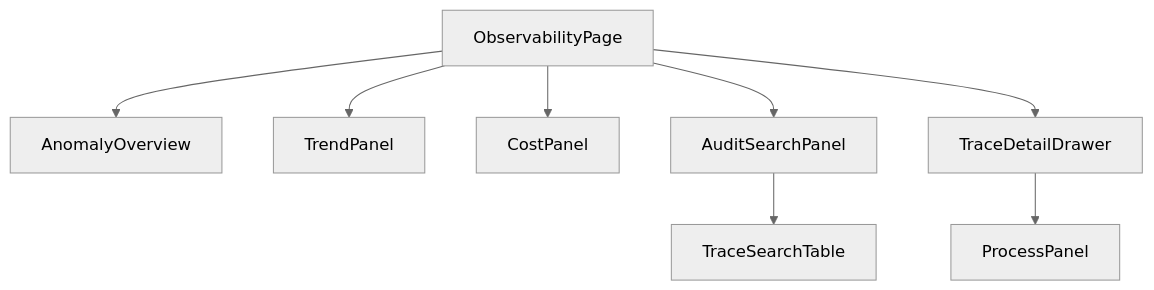
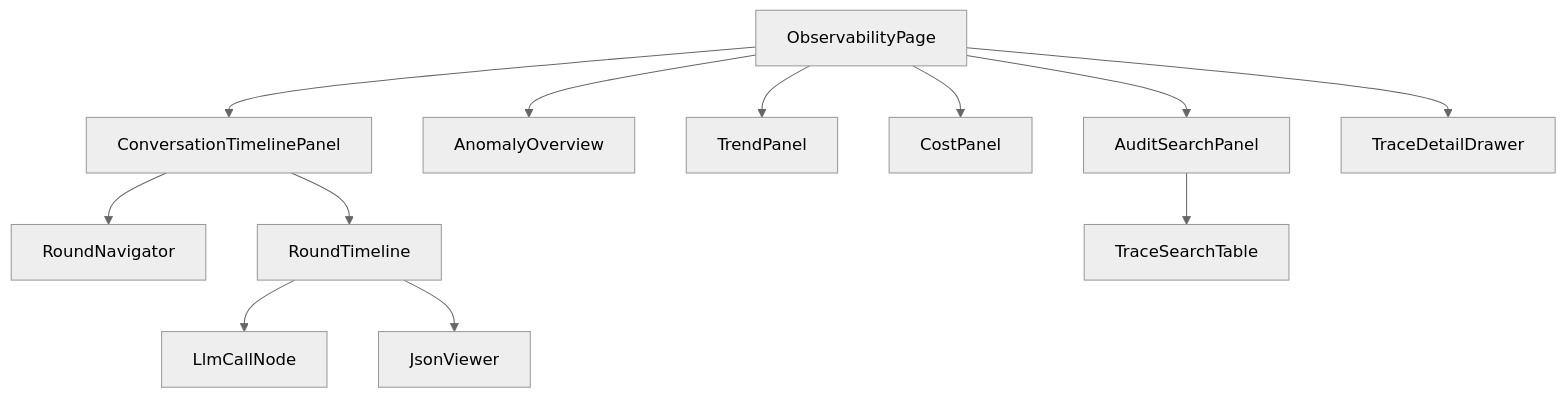
The second of 2 diagrams in dehaze-doc/docs/03-模块设计/核心模块/AI对话/可观测性/前端实现.md (earthy-zinc/dehaze-system), drawn with Mermaid (neutral theme) before and after one commit. The commit also changed other lines of this file and 2348 other files, not shown here.

````diff
--- a/dehaze-doc/docs/03-模块设计/核心模块/AI对话/可观测性/前端实现.md
+++ b/dehaze-doc/docs/03-模块设计/核心模块/AI对话/可观测性/前端实现.md
@@ -64,10 +101,14 @@
 ```mermaid
 flowchart TD
+    ObservabilityPage --> ConversationTimelinePanel
     ObservabilityPage --> AnomalyOverview
     ObservabilityPage --> TrendPanel
     ObservabilityPage --> CostPanel
     ObservabilityPage --> AuditSearchPanel
     ObservabilityPage --> TraceDetailDrawer
+    ConversationTimelinePanel --> RoundNavigator
+    ConversationTimelinePanel --> RoundTimeline
+    RoundTimeline --> LlmCallNode
+    RoundTimeline --> JsonViewer
     AuditSearchPanel --> TraceSearchTable
-    TraceDetailDrawer --> ProcessPanel
 ```
````
